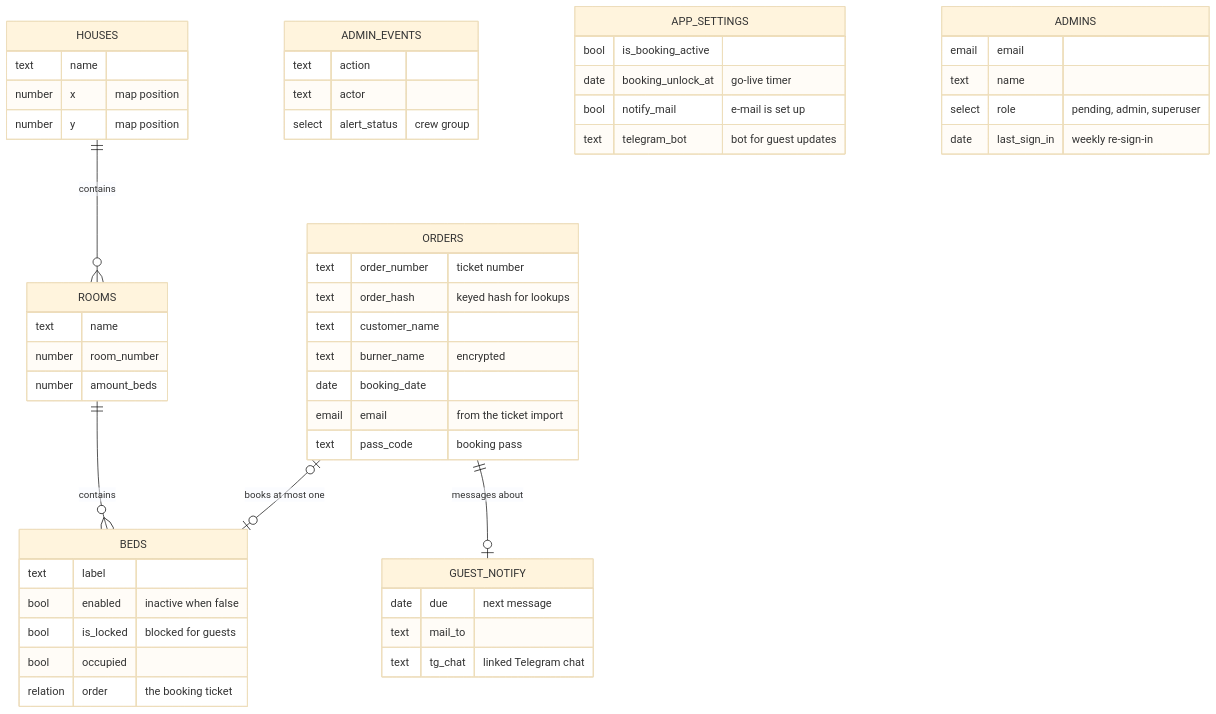
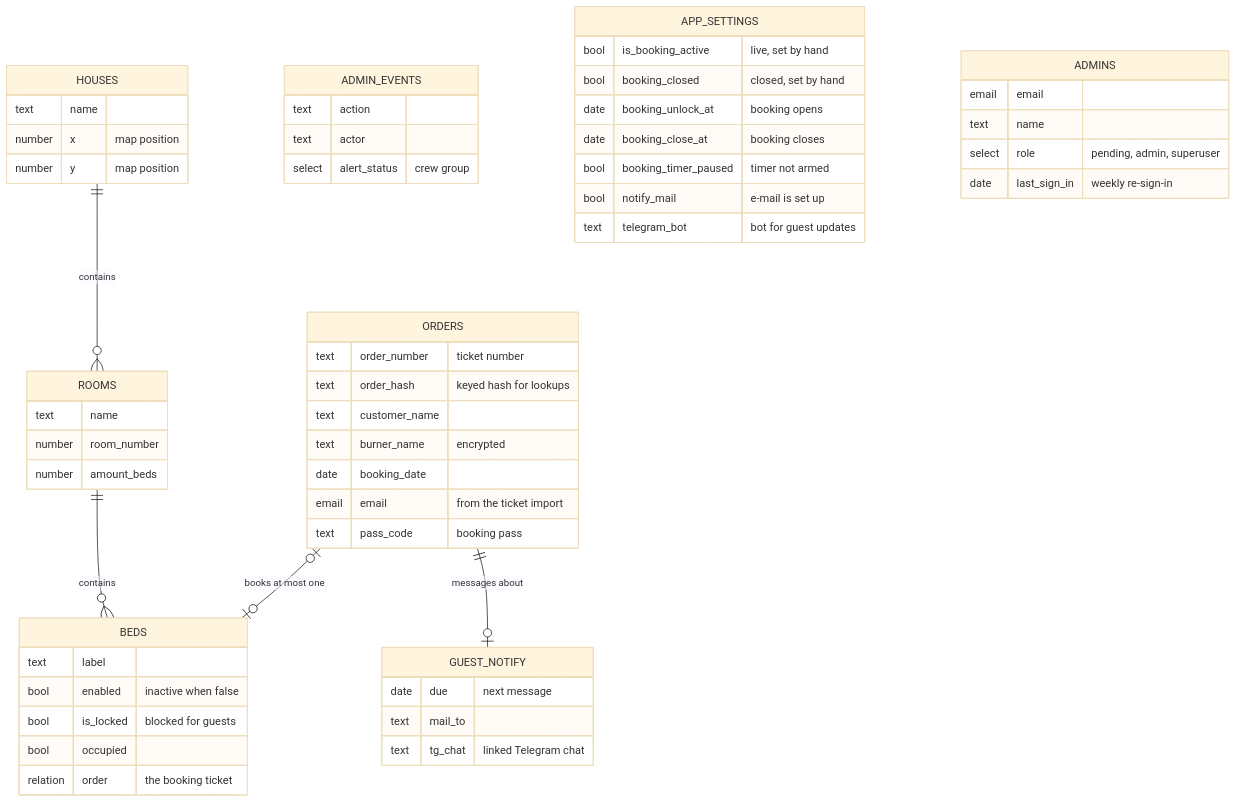
Before and after one commit to MorpheusMXML/hamburn-cozynights: the second of 3 diagrams in docs/reference/architecture.md, drawn with Mermaid (base theme). The commit also changed other lines of this file and 16 other files, not shown here.

First line of the commit message:
docs(booking): describe the booking window, the phase Closed and the new panel

````diff
--- a/docs/reference/architecture.md
+++ b/docs/reference/architecture.md
@@ -65,55 +65,58 @@
 ```mermaid
 erDiagram
   HOUSES ||--o{ ROOMS : contains
   ROOMS ||--o{ BEDS : contains
   ORDERS |o--o| BEDS : "books at most one"
   ORDERS ||--o| GUEST_NOTIFY : "messages about"
   HOUSES {
     text name
     number x "map position"
     number y "map position"
   }
   ROOMS {
     text name
     number room_number
     number amount_beds
   }
   BEDS {
     text label
     bool enabled "inactive when false"
     bool is_locked "blocked for guests"
     bool occupied
     relation order "the booking ticket"
   }
   ORDERS {
     text order_number "ticket number"
     text order_hash "keyed hash for lookups"
     text customer_name
     text burner_name "encrypted"
     date booking_date
     email email "from the ticket import"
     text pass_code "booking pass"
   }
   GUEST_NOTIFY {
     date due "next message"
     text mail_to
     text tg_chat "linked Telegram chat"
   }
   ADMIN_EVENTS {
     text action
     text actor
     select alert_status "crew group"
   }
   APP_SETTINGS {
-    bool is_booking_active
-    date booking_unlock_at "go-live timer"
+    bool is_booking_active "live, set by hand"
+    bool booking_closed "closed, set by hand"
+    date booking_unlock_at "booking opens"
+    date booking_close_at "booking closes"
+    bool booking_timer_paused "timer not armed"
     bool notify_mail "e-mail is set up"
     text telegram_bot "bot for guest updates"
   }
   ADMINS {
     email email
     text name
     select role "pending, admin, superuser"
     date last_sign_in "weekly re-sign-in"
   }
 ```
````
